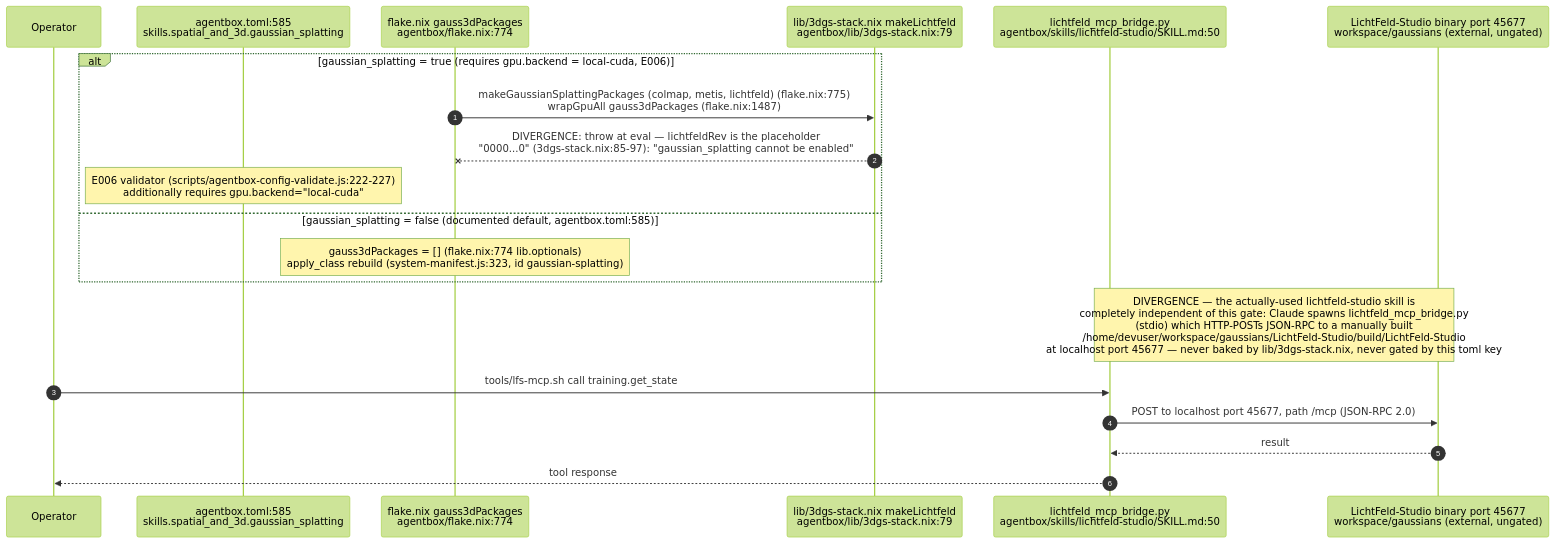
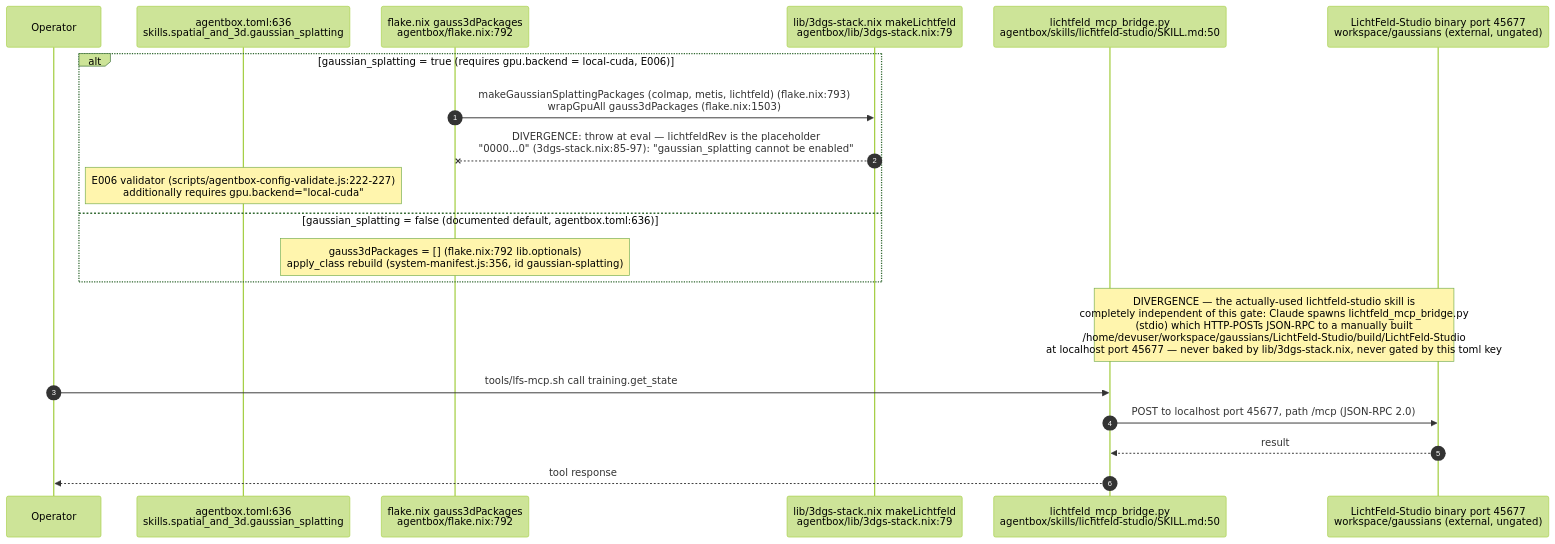
Before and after one commit to DreamLab-AI/VisionFlow: the ninth of 14 diagrams in docs/diagrams/agentbox/27-media-gpu-capability-services.md, drawn with Mermaid (forest theme). The commit also changed other lines of this file and 160 other files, not shown here.

````diff
--- a/docs/diagrams/agentbox/27-media-gpu-capability-services.md
+++ b/docs/diagrams/agentbox/27-media-gpu-capability-services.md
@@ -291,23 +297,23 @@
 ```mermaid
 sequenceDiagram
     autonumber
     participant Op as Operator
-    participant Toml as agentbox.toml:585<br/>skills.spatial_and_3d.gaussian_splatting
-    participant Flake as flake.nix gauss3dPackages<br/>agentbox/flake.nix:774
+    participant Toml as agentbox.toml:636<br/>skills.spatial_and_3d.gaussian_splatting
+    participant Flake as flake.nix gauss3dPackages<br/>agentbox/flake.nix:792
     participant Nix3dgs as lib/3dgs-stack.nix makeLichtfeld<br/>agentbox/lib/3dgs-stack.nix:79
     participant Bridge as lichtfeld_mcp_bridge.py<br/>agentbox/skills/lichtfeld-studio/SKILL.md:50
     participant LFS as LichtFeld-Studio binary port 45677<br/>workspace/gaussians (external, ungated)
 
     alt gaussian_splatting = true (requires gpu.backend = local-cuda, E006)
-        Flake->>Nix3dgs: makeGaussianSplattingPackages (colmap, metis, lichtfeld) (flake.nix:775)<br/>wrapGpuAll gauss3dPackages (flake.nix:1487)
+        Flake->>Nix3dgs: makeGaussianSplattingPackages (colmap, metis, lichtfeld) (flake.nix:793)<br/>wrapGpuAll gauss3dPackages (flake.nix:1503)
         Nix3dgs--xFlake: DIVERGENCE: throw at eval — lichtfeldRev is the placeholder<br/>"0000...0" (3dgs-stack.nix:85-97): "gaussian_splatting cannot be enabled"
         Note over Toml: E006 validator (scripts/agentbox-config-validate.js:222-227)<br/>additionally requires gpu.backend="local-cuda"
-    else gaussian_splatting = false (documented default, agentbox.toml:585)
-        Note over Flake: gauss3dPackages = [] (flake.nix:774 lib.optionals)<br/>apply_class rebuild (system-manifest.js:323, id gaussian-splatting)
+    else gaussian_splatting = false (documented default, agentbox.toml:636)
+        Note over Flake: gauss3dPackages = [] (flake.nix:792 lib.optionals)<br/>apply_class rebuild (system-manifest.js:356, id gaussian-splatting)
     end
     Note over Bridge,LFS: DIVERGENCE — the actually-used lichtfeld-studio skill is<br/>completely independent of this gate: Claude spawns lichtfeld_mcp_bridge.py<br/>(stdio) which HTTP-POSTs JSON-RPC to a manually built<br/>/home/devuser/workspace/gaussians/LichtFeld-Studio/build/LichtFeld-Studio<br/>at localhost port 45677 — never baked by lib/3dgs-stack.nix, never gated by this toml key
     Op->>Bridge: tools/lfs-mcp.sh call training.get_state
     Bridge->>LFS: POST to localhost port 45677, path /mcp (JSON-RPC 2.0)
     LFS-->>Bridge: result
     Bridge-->>Op: tool response
 ```
````
